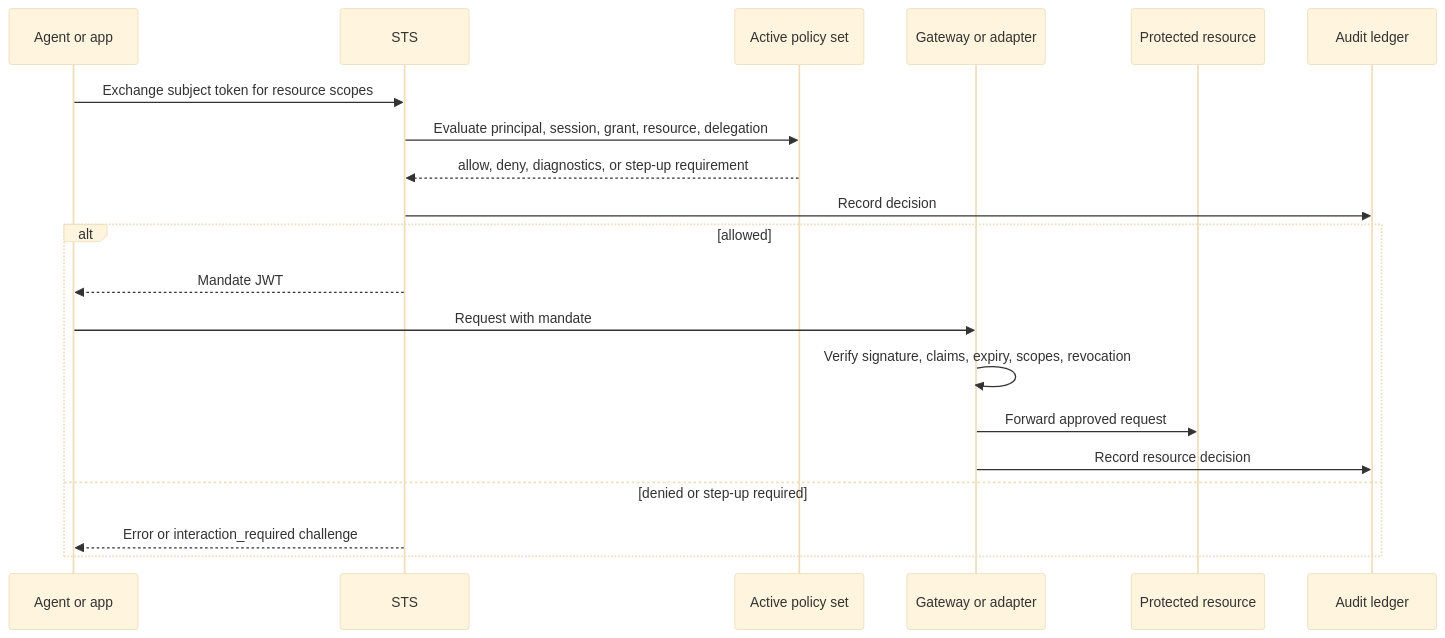
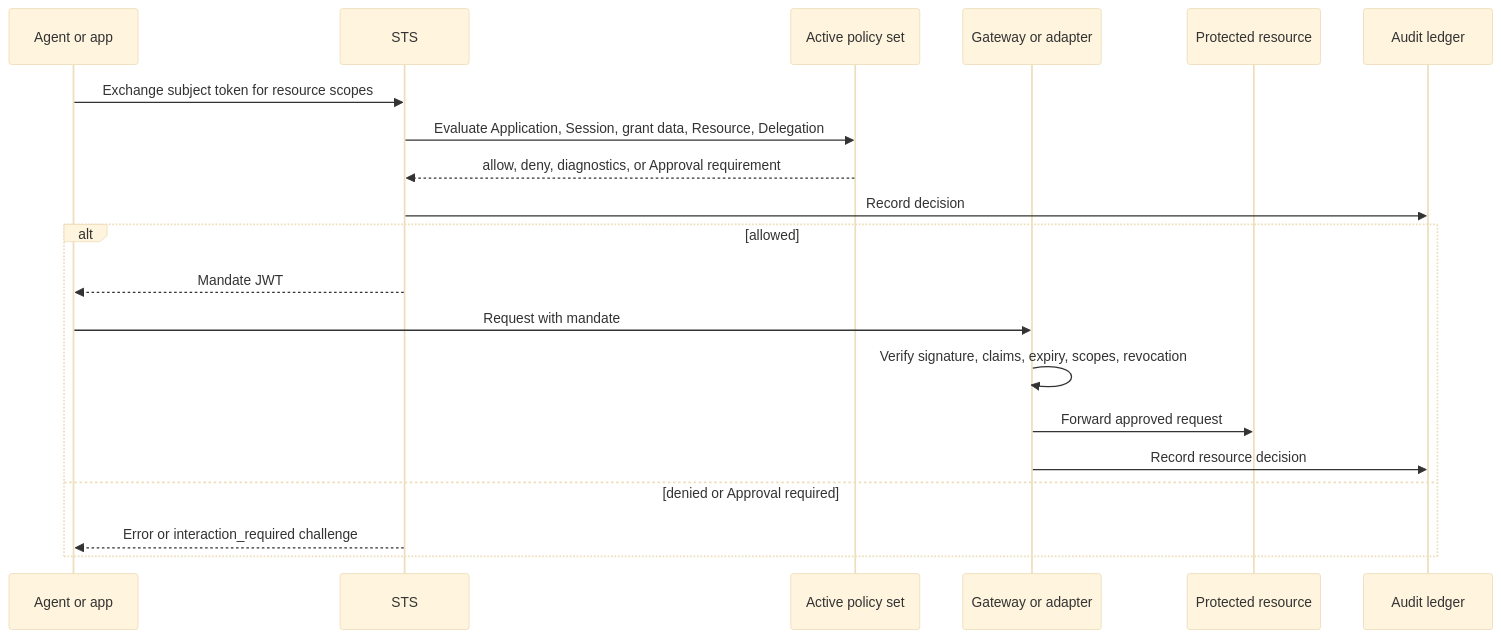
The first of 2 diagrams in docs/src/content/docs/concepts/authority-model.mdx (Garudex-Labs/caracal), drawn with Mermaid (base theme) before and after one commit. The commit also changed other lines of this file and 6 other files, not shown here.

Commit message:
refactor: enhance documentation for clarity and detail across multiple architecture pages

````diff
--- a/docs/src/content/docs/concepts/authority-model.mdx
+++ b/docs/src/content/docs/concepts/authority-model.mdx
@@ -15,23 +17,23 @@
 ```mermaid
 sequenceDiagram
   participant Client as Agent or app
   participant STS as STS
   participant OPA as Active policy set
   participant Guard as Gateway or adapter
   participant Resource as Protected resource
   participant Audit as Audit ledger
 
   Client->>STS: Exchange subject token for resource scopes
-  STS->>OPA: Evaluate principal, session, grant, resource, delegation
-  OPA-->>STS: allow, deny, diagnostics, or step-up requirement
+  STS->>OPA: Evaluate Application, Session, grant data, Resource, Delegation
+  OPA-->>STS: allow, deny, diagnostics, or Approval requirement
   STS->>Audit: Record decision
   alt allowed
     STS-->>Client: Mandate JWT
     Client->>Guard: Request with mandate
     Guard->>Guard: Verify signature, claims, expiry, scopes, revocation
     Guard->>Resource: Forward approved request
     Guard->>Audit: Record resource decision
-  else denied or step-up required
+  else denied or Approval required
     STS-->>Client: Error or interaction_required challenge
   end
 ```
````
